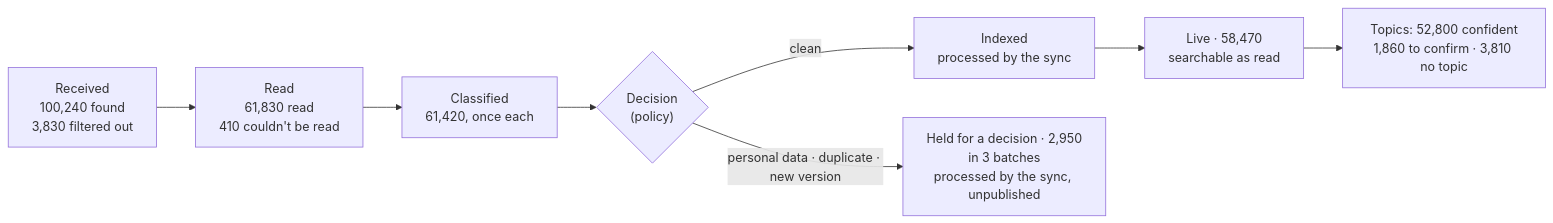
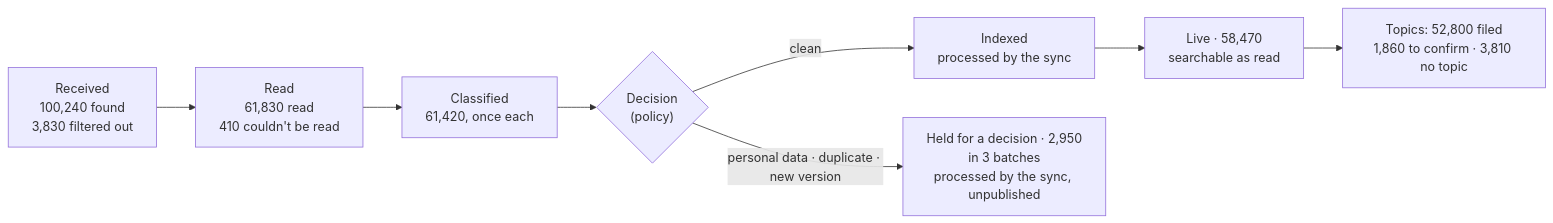
Before and after one commit to NguyenDuy1910/BoMesh: the second of 2 diagrams in apps/ux_preview/docs/KNOWLEDGE_STUDIO.md, drawn with Mermaid. The commit also changed other lines of this file and 309 other files, not shown here.

````diff
--- a/apps/ux_preview/docs/KNOWLEDGE_STUDIO.md
+++ b/apps/ux_preview/docs/KNOWLEDGE_STUDIO.md
@@ -271,10 +271,10 @@
 ```mermaid
 flowchart LR
   F["Received<br/>100,240 found<br/>3,830 filtered out"] --> R["Read<br/>61,830 read<br/>410 couldn't be read"]
   R --> C["Classified<br/>61,420, once each"]
   C --> G{"Decision<br/>(policy)"}
   G -->|clean| I["Indexed<br/>processed by the sync"]
   I --> P["Live · 58,470<br/>searchable as read"]
   G -->|personal data · duplicate · new version| B["Held for a decision · 2,950<br/>in 3 batches<br/>processed by the sync, unpublished"]
-  P --> T["Topics: 52,800 confident<br/>1,860 to confirm · 3,810 no topic"]
+  P --> T["Topics: 52,800 filed<br/>1,860 to confirm · 3,810 no topic"]
 ```
````
